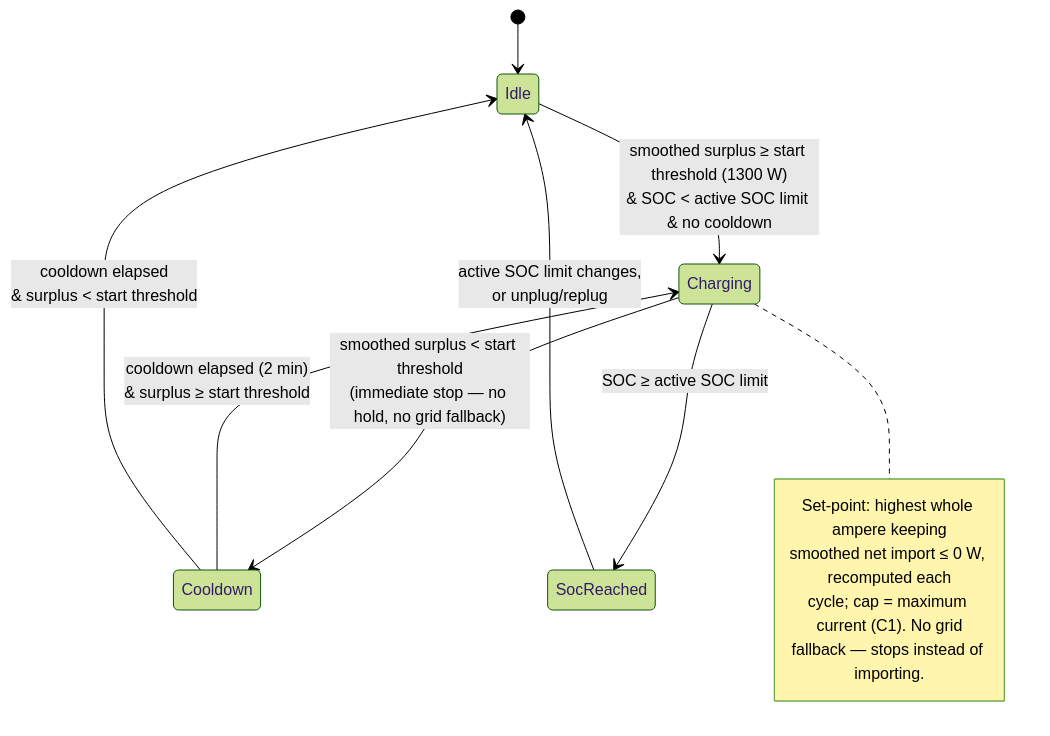
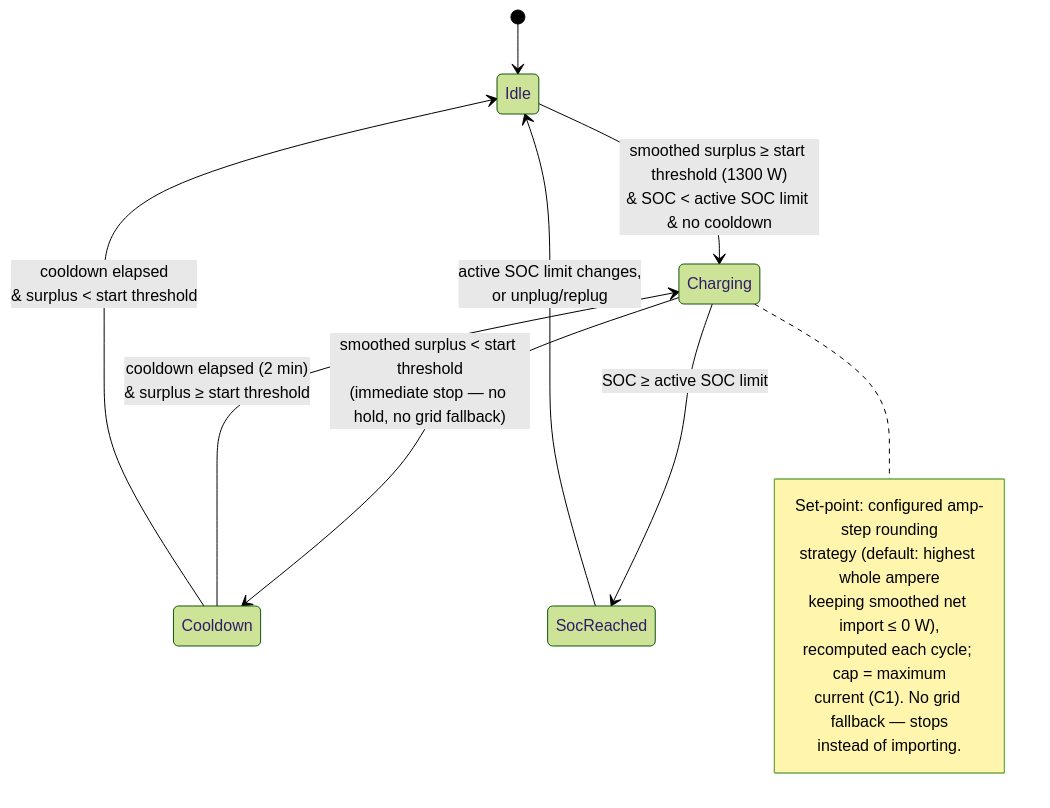
The diagram in docs/analysis/use-cases/UC02-charge-from-solar-only.md (kristofdegrave/homeassistant-smart-charging), drawn with Mermaid (forest theme) before and after one commit. The commit also changed other lines of this file and 5 other files, not shown here.

First line of the commit message:
docs: review and refine UC01/UC02 amp-step rounding strategy

````diff
--- a/docs/analysis/use-cases/UC02-charge-from-solar-only.md
+++ b/docs/analysis/use-cases/UC02-charge-from-solar-only.md
@@ -93,16 +109,18 @@
 ```mermaid
 stateDiagram-v2
     [*] --> Idle
     Idle --> Charging: smoothed surplus ≥ start threshold (1300 W)<br/>& SOC < active SOC limit & no cooldown
     Charging --> Cooldown: smoothed surplus < start threshold<br/>(immediate stop — no hold, no grid fallback)
     Charging --> SocReached: SOC ≥ active SOC limit
     Cooldown --> Charging: cooldown elapsed (2 min)<br/>& surplus ≥ start threshold
     Cooldown --> Idle: cooldown elapsed<br/>& surplus < start threshold
     SocReached --> Idle: active SOC limit changes,<br/>or unplug/replug
     note right of Charging
-        Set-point: highest whole ampere keeping
-        smoothed net import ≤ 0 W, recomputed each
-        cycle; cap = maximum current (C1). No grid
-        fallback — stops instead of importing.
+        Set-point: configured amp-step rounding
+        strategy (default: highest whole ampere
+        keeping smoothed net import ≤ 0 W),
+        recomputed each cycle; cap = maximum
+        current (C1). No grid fallback — stops
+        instead of importing.
     end note
 ```
````
